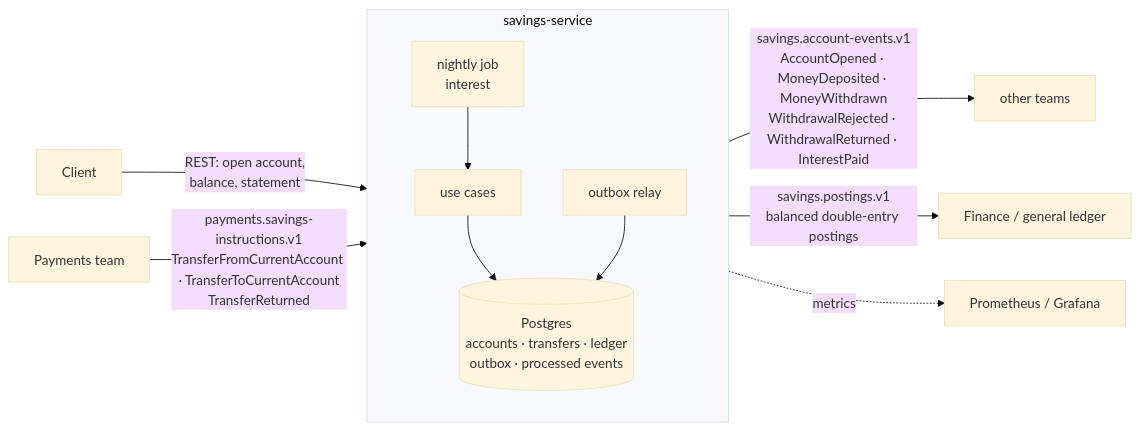
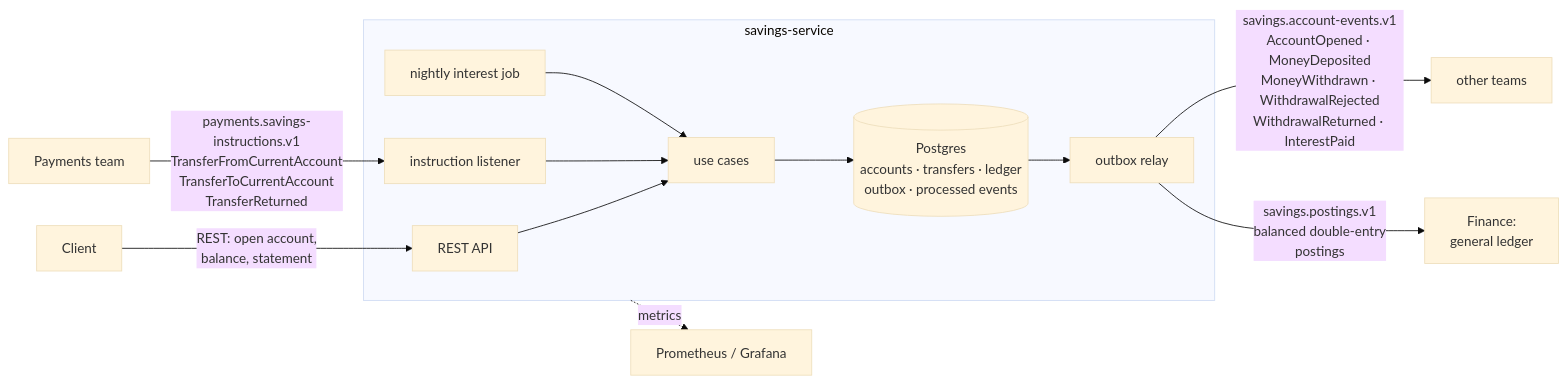
The first of 2 diagrams in README.md (Acidream/inv_sample), drawn with Mermaid (base theme) before and after one commit. The commit also changed other lines of this file, not shown here.

First line of the commit message:
docs: README states its assumptions; fix the overview diagram layout

````diff
--- a/README.md
+++ b/README.md
@@ -17,14 +17,15 @@
 ```mermaid
 flowchart LR
-    Client -- "REST: open account,<br/>balance, statement" --> S
-    P[Payments team] -- "payments.savings-instructions.v1<br/>TransferFromCurrentAccount · TransferToCurrentAccount<br/>TransferReturned" --> S
+    Client -- "REST: open account,<br/>balance, statement" --> API
+    P[Payments team] -- "payments.savings-instructions.v1<br/>TransferFromCurrentAccount<br/>TransferToCurrentAccount<br/>TransferReturned" --> L
     subgraph S [savings-service]
-        direction TB
-        UC[use cases] --> DB[(Postgres<br/>accounts · transfers · ledger<br/>outbox · processed events)]
-        J[nightly job<br/>interest] --> UC
-        R[outbox relay] --> DB
+        API[REST API] --> UC[use cases]
+        L[instruction listener] --> UC
+        J[nightly interest job] --> UC
+        UC --> DB[(Postgres<br/>accounts · transfers · ledger<br/>outbox · processed events)]
+        DB --> R[outbox relay]
     end
-    R -- "savings.account-events.v1<br/>AccountOpened · MoneyDeposited · MoneyWithdrawn<br/>WithdrawalRejected · WithdrawalReturned · InterestPaid" --> C[other teams]
-    R -- "savings.postings.v1<br/>balanced double-entry postings" --> F[Finance / general ledger]
+    R -- "savings.account-events.v1<br/>AccountOpened · MoneyDeposited<br/>MoneyWithdrawn · WithdrawalRejected<br/>WithdrawalReturned · InterestPaid" --> C[other teams]
+    R -- "savings.postings.v1<br/>balanced double-entry<br/>postings" --> F[Finance:<br/>general ledger]
     S -. metrics .-> Prom[Prometheus / Grafana]
 ```
````
